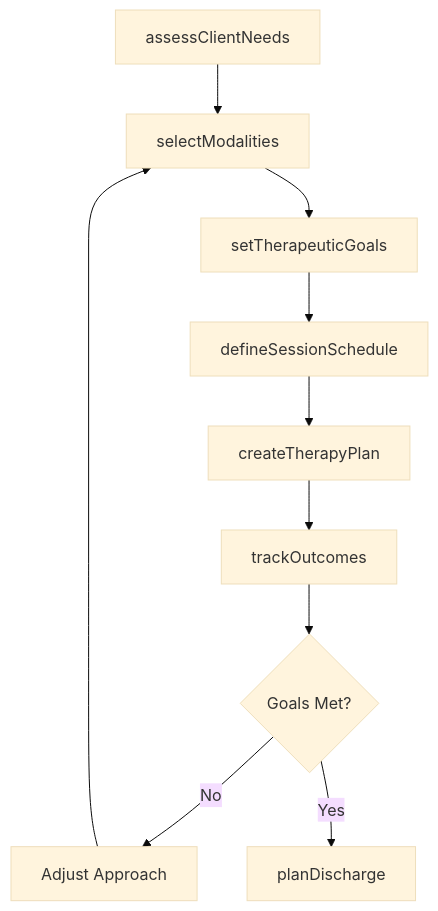
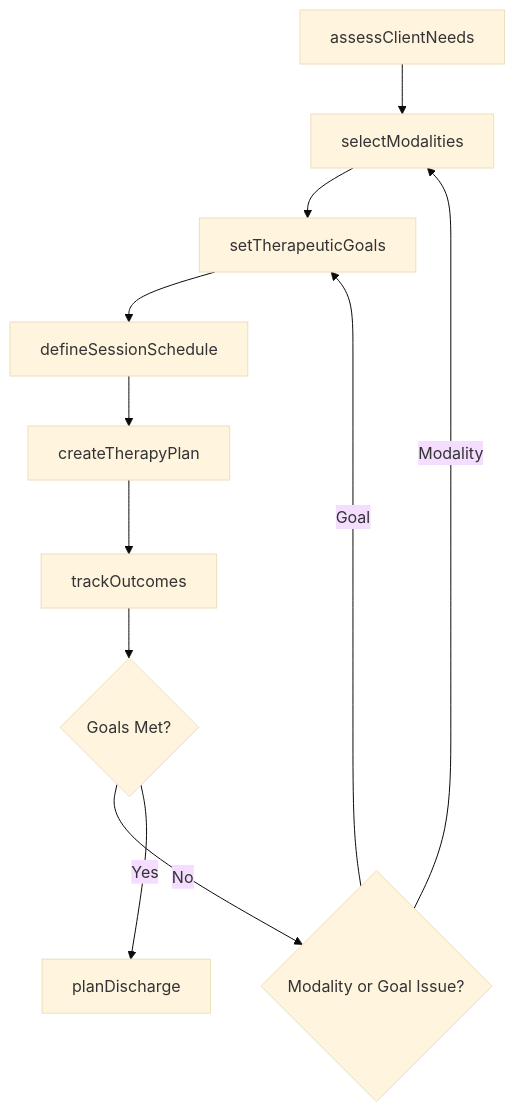
The third of 4 diagrams in ThinkingCreatively/DevelopPatientOrClientCareOrTreatmentPlans/DevelopTreatmentPlansUseNon-medical.mdx (dot-org-ai/tasks.org.ai), drawn with Mermaid (base theme) before and after one commit. The commit also changed other lines of this file and 504 other files, not shown here.

First line of the commit message:
feat: Add ER diagrams, state diagrams, and workflow improvements to 96 DWA task files

````diff
--- a/ThinkingCreatively/DevelopPatientOrClientCareOrTreatmentPlans/DevelopTreatmentPlansUseNon-medical.mdx
+++ b/ThinkingCreatively/DevelopPatientOrClientCareOrTreatmentPlans/DevelopTreatmentPlansUseNon-medical.mdx
@@ -86,12 +115,13 @@
 ```mermaid
 graph TD
     A[assessClientNeeds] --> B[selectModalities]
     B --> C[setTherapeuticGoals]
     C --> D[defineSessionSchedule]
     D --> E[createTherapyPlan]
     E --> F[trackOutcomes]
     F --> G{Goals Met?}
-    G -->|No| H[Adjust Approach]
-    H --> B
+    G -->|No| H{Modality or Goal Issue?}
+    H -->|Modality| B
+    H -->|Goal| C
     G -->|Yes| I[planDischarge]
 ```
````
